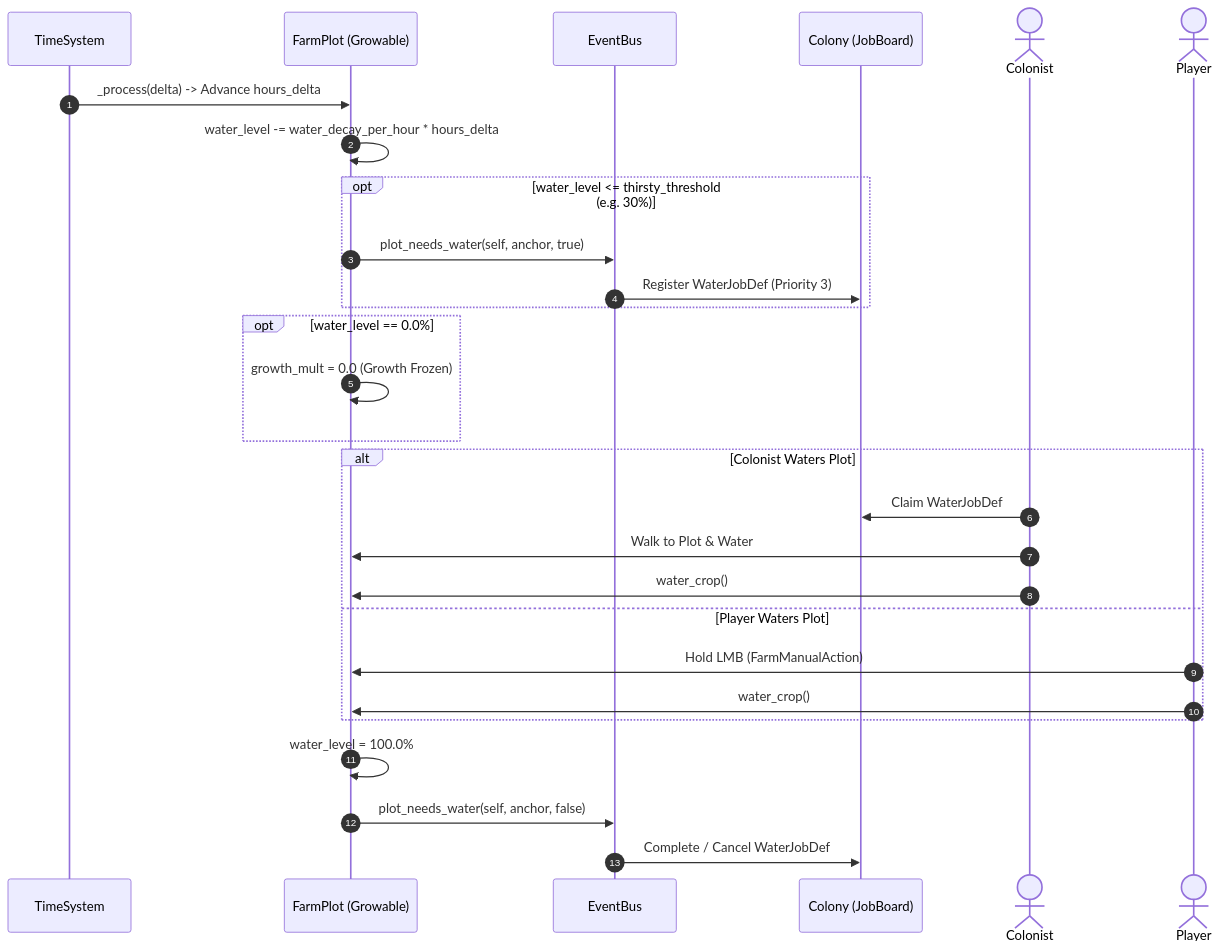
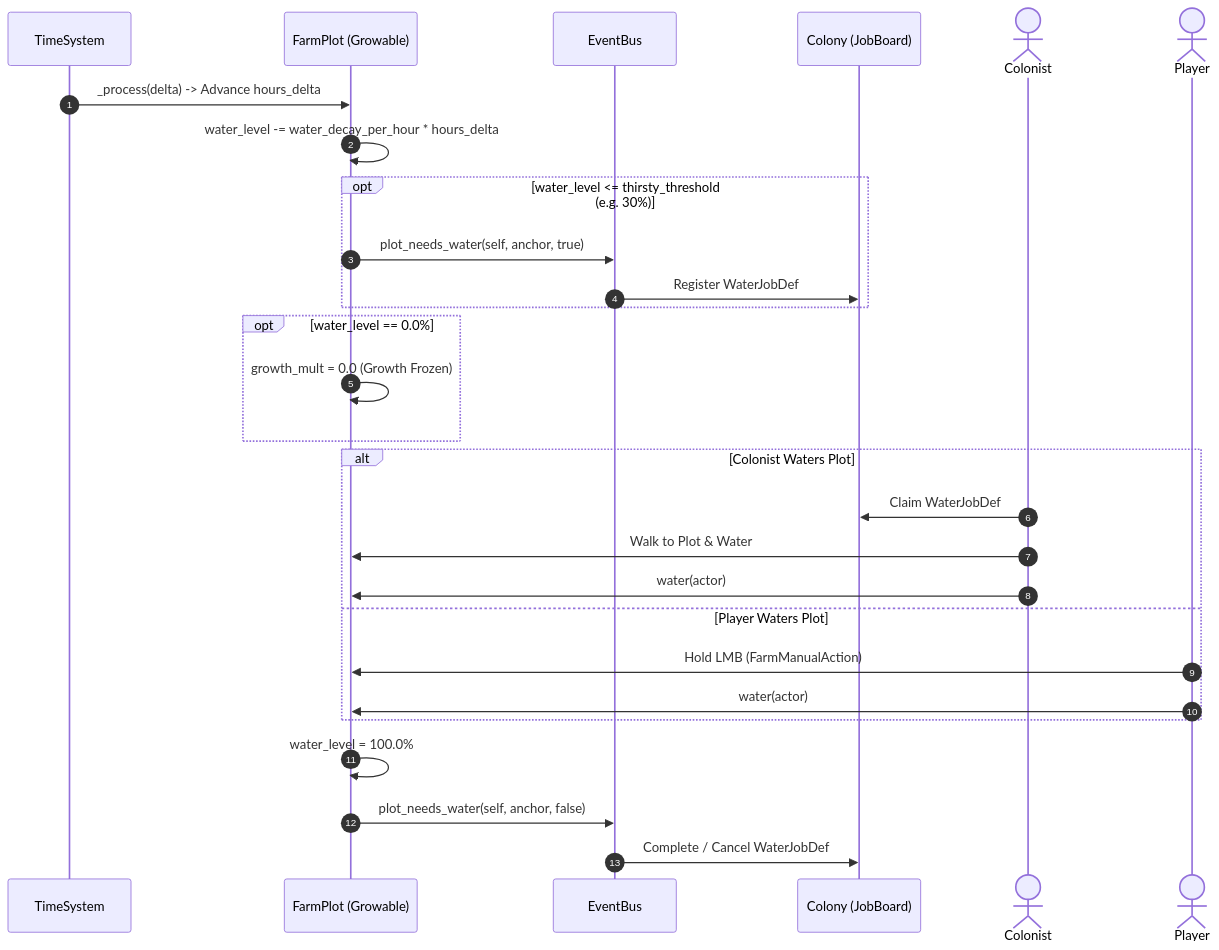
Before and after one commit to gdgonzaga/vek-holdout: the third of 5 diagrams in docs/architecture/farming.md, drawn with Mermaid. The commit also changed other lines of this file and 8 other files, not shown here.

````diff
--- a/docs/architecture/farming.md
+++ b/docs/architecture/farming.md
@@ -126,35 +126,35 @@
 ```mermaid
 sequenceDiagram
     autonumber
     participant Time as TimeSystem
     participant Plot as FarmPlot (Growable)
     participant Bus as EventBus
     participant Board as Colony (JobBoard)
     actor Colonist
 
     Time->>Plot: _process(delta) -> Advance hours_delta
     Plot->>Plot: water_level -= water_decay_per_hour * hours_delta
 
     opt water_level <= thirsty_threshold (e.g. 30%)
         Plot->>Bus: plot_needs_water(self, anchor, true)
-        Bus->>Board: Register WaterJobDef (Priority 3)
+        Bus->>Board: Register WaterJobDef
     end
 
     opt water_level == 0.0%
         Plot->>Plot: growth_mult = 0.0 (Growth Frozen)
     end
 
     alt Colonist Waters Plot
         Colonist->>Board: Claim WaterJobDef
         Colonist->>Plot: Walk to Plot & Water
-        Colonist->>Plot: water_crop()
+        Colonist->>Plot: water(actor)
     else Player Waters Plot
         actor Player
         Player->>Plot: Hold LMB (FarmManualAction)
-        Player->>Plot: water_crop()
+        Player->>Plot: water(actor)
     end
 
     Plot->>Plot: water_level = 100.0%
     Plot->>Bus: plot_needs_water(self, anchor, false)
     Bus->>Board: Complete / Cancel WaterJobDef
 ```
````
